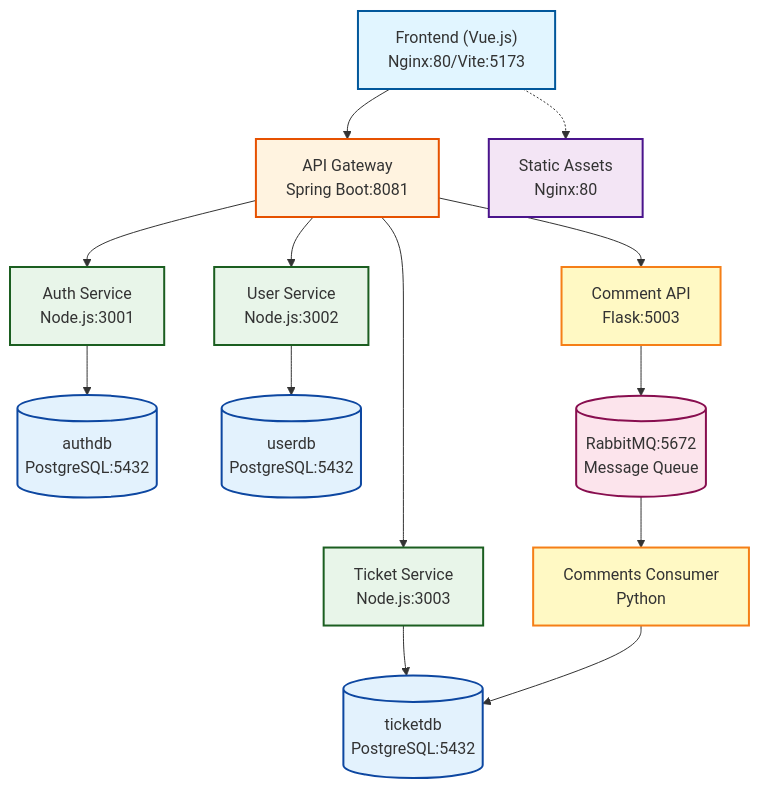
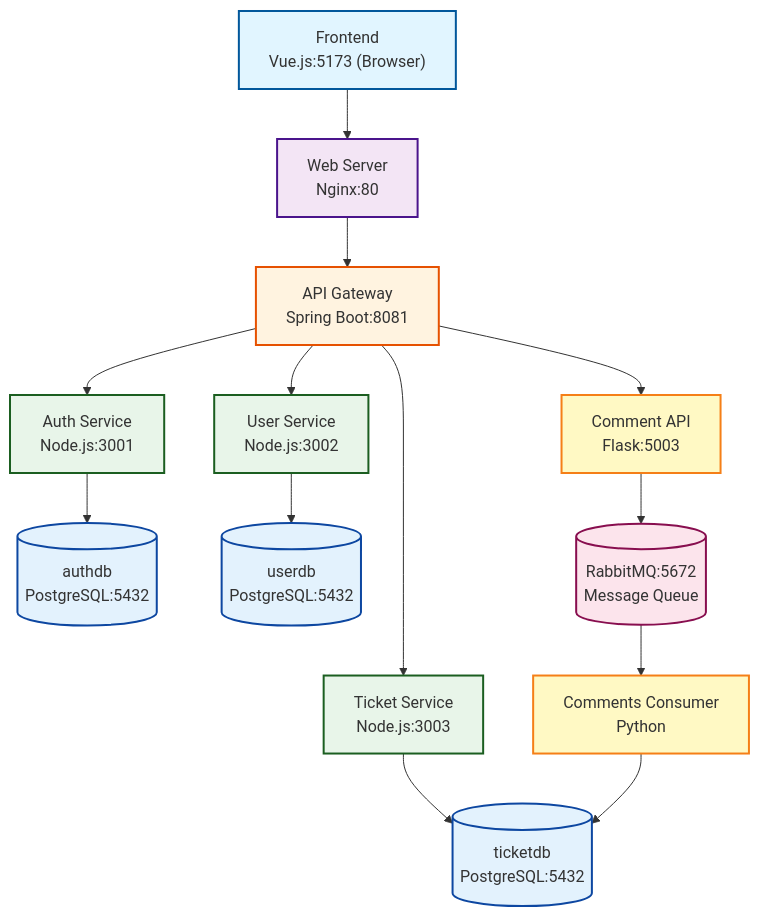
Before and after one commit to antoninofoti/fix-this-stuff: the diagram in README.md, drawn with Mermaid. The commit also changed 1 other file, not shown here.

Commit message:
fix architecture image visualization

````diff
--- a/README.md
+++ b/README.md
@@ -31,51 +31,50 @@
 ```mermaid
 graph TD
-    Frontend["Frontend (Vue.js)<br/>Nginx:80/Vite:5173"]
+    Frontend["Frontend<br/>Vue.js:5173 (Browser)"]
+    Nginx["Web Server<br/>Nginx:80"]
     Gateway["API Gateway<br/>Spring Boot:8081"]
-    StaticAssets["Static Assets<br/>Nginx:80"]
     
     AuthService["Auth Service<br/>Node.js:3001"]
     UserService["User Service<br/>Node.js:3002"]
     TicketService["Ticket Service<br/>Node.js:3003"]
     CommentAPI["Comment API<br/>Flask:5003"]
     
     AuthDB[("authdb<br/>PostgreSQL:5432")]
     UserDB[("userdb<br/>PostgreSQL:5432")]
     TicketDB[("ticketdb<br/>PostgreSQL:5432")]
     
     RabbitMQ[("RabbitMQ:5672<br/>Message Queue")]
     Consumer["Comments Consumer<br/>Python"]
     
-    Frontend --> Gateway
+    Frontend --> Nginx
+    Nginx --> Gateway
     
     Gateway --> AuthService
     Gateway --> UserService
     Gateway --> TicketService
     
     AuthService --> AuthDB
     UserService --> UserDB
     TicketService --> TicketDB
     
     Gateway --> CommentAPI
     CommentAPI --> RabbitMQ
     RabbitMQ --> Consumer
     Consumer --> TicketDB
     
-    Frontend -.-> StaticAssets
-    
     classDef frontend fill:#e1f5ff,stroke:#01579b,stroke-width:2px
+    classDef webserver fill:#f3e5f5,stroke:#4a148c,stroke-width:2px
     classDef gateway fill:#fff3e0,stroke:#e65100,stroke-width:2px
-    classDef static fill:#f3e5f5,stroke:#4a148c,stroke-width:2px
     classDef nodeService fill:#e8f5e9,stroke:#1b5e20,stroke-width:2px
     classDef pythonService fill:#fff9c4,stroke:#f57f17,stroke-width:2px
     classDef database fill:#e3f2fd,stroke:#0d47a1,stroke-width:2px
     classDef queue fill:#fce4ec,stroke:#880e4f,stroke-width:2px
     
     class Frontend frontend
+    class Nginx webserver
     class Gateway gateway
-    class StaticAssets static
     class AuthService,UserService,TicketService nodeService
     class CommentAPI,Consumer pythonService
     class AuthDB,UserDB,TicketDB database
     class RabbitMQ queue
 ```
````
